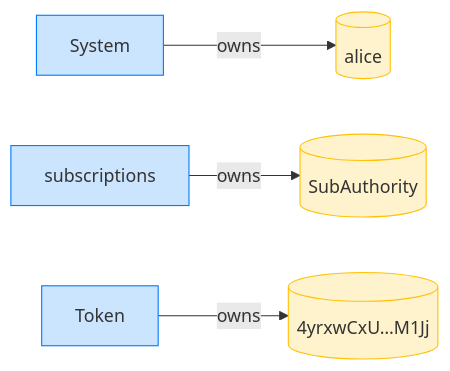
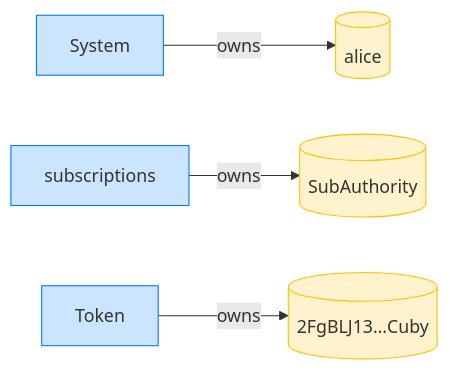
Before and after one commit to cds-rs/subscriptions: the fourth of 12 diagrams in dsl_tests/fixed-transfer-rejects-a-non-canonical-source.md, drawn with Mermaid. The commit also changed other lines of this file and 224 other files, not shown here.

````diff
--- a/dsl_tests/fixed-transfer-rejects-a-non-canonical-source.md
+++ b/dsl_tests/fixed-transfer-rejects-a-non-canonical-source.md
@@ -73,14 +78,14 @@
 ```mermaid
 flowchart LR
     classDef owner fill:#cce5ff,stroke:#007bff;
     classDef account fill:#fff3cd,stroke:#ffc107;
     System[System]:::owner
     alice[(alice)]:::account
     subscriptions[subscriptions]:::owner
     SubAuthority[(SubAuthority)]:::account
     Token[Token]:::owner
-    4yrxwCxU_M1Jj[("4yrxwCxU…M1Jj")]:::account
+    2FgBLJ13_Cuby[("2FgBLJ13…Cuby")]:::account
     System -->|owns| alice
     subscriptions -->|owns| SubAuthority
-    Token -->|owns| 4yrxwCxU_M1Jj
+    Token -->|owns| 2FgBLJ13_Cuby
 ```
````
